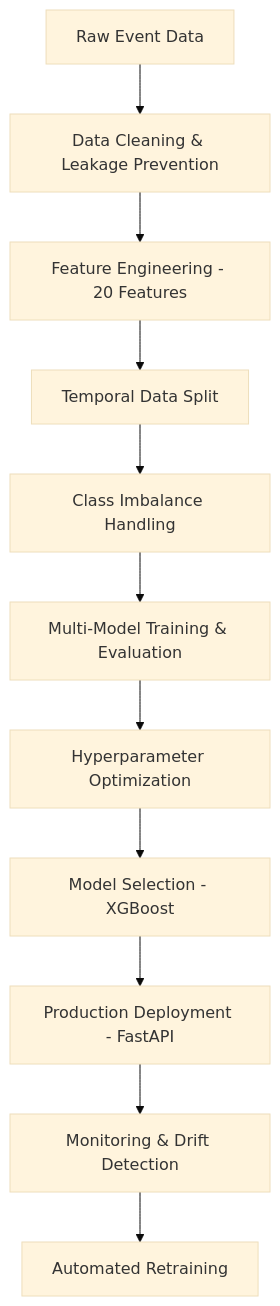
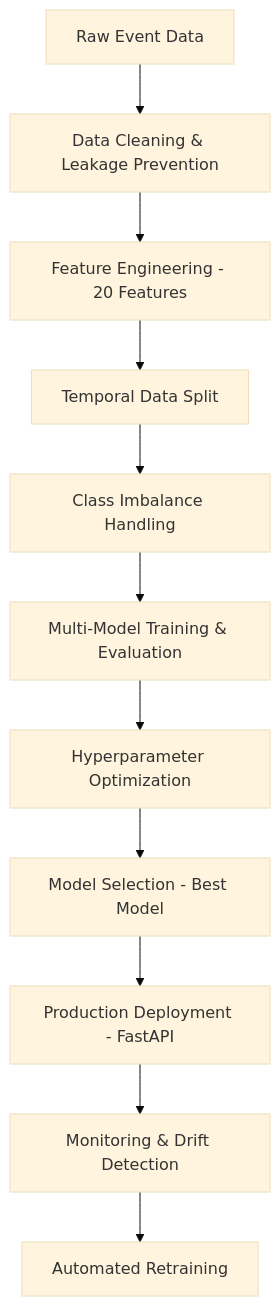
The diagram in README.md (Ahmed280/Churn-prediction), drawn with Mermaid (base theme) before and after one commit. The commit also changed other lines of this file, not shown here.

````diff
--- a/README.md
+++ b/README.md
@@ -42,13 +42,13 @@
 ```mermaid
 graph TB
     A[Raw Event Data] --> B[Data Cleaning & Leakage Prevention]
     B --> C[Feature Engineering - 20 Features]
     C --> D[Temporal Data Split]
     D --> E[Class Imbalance Handling]
     E --> F[Multi-Model Training & Evaluation]
     F --> G[Hyperparameter Optimization]
-    G --> H[Model Selection - XGBoost]
+    G --> H[Model Selection - Best Model]
     H --> I[Production Deployment - FastAPI]
     I --> J[Monitoring & Drift Detection]
     J --> K[Automated Retraining]
 ```
````
